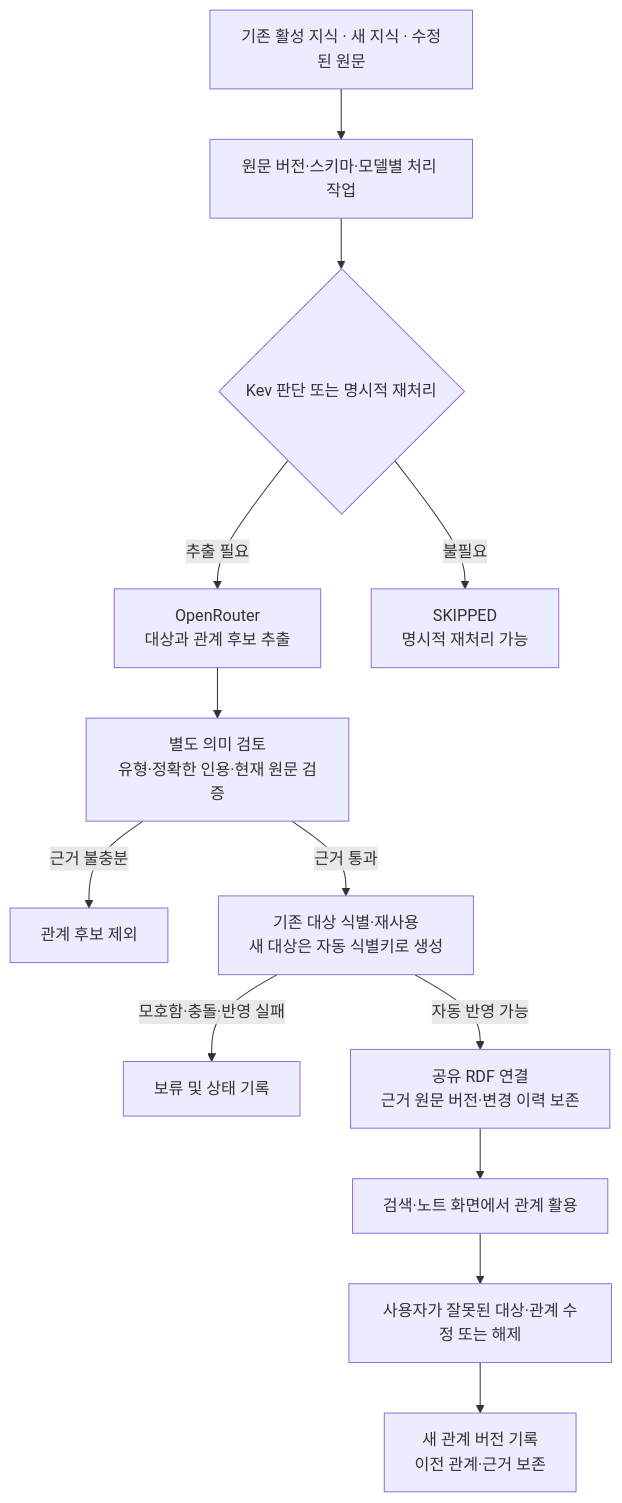
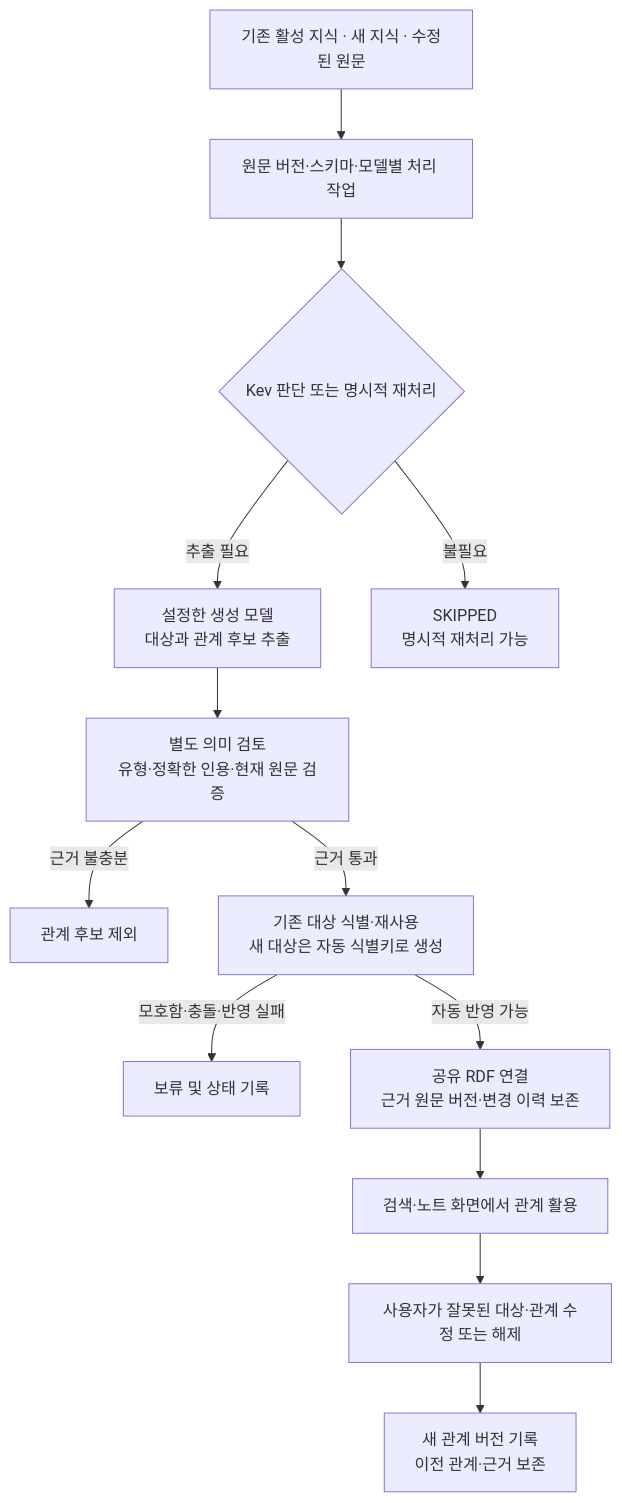
One commit to devmrko/adb-agent-knowledge changed the third of 5 diagrams in docs/guides/storage-retrieval-flow.md. Above: the diagram before and after it, drawn with Mermaid. The commit also changed other lines of this file and 1 other file, not shown here.

````diff
--- a/docs/guides/storage-retrieval-flow.md
+++ b/docs/guides/storage-retrieval-flow.md
@@ -55,15 +55,15 @@
 ```mermaid
 flowchart TD
     Sources["기존 활성 지식 · 새 지식 · 수정된 원문"] --> Job["원문 버전·스키마·모델별 처리 작업"]
     Job --> Route{"Kev 판단 또는 명시적 재처리"}
-    Route -->|추출 필요| Extract["OpenRouter<br/>대상과 관계 후보 추출"]
+    Route -->|추출 필요| Extract["설정한 생성 모델<br/>대상과 관계 후보 추출"]
     Route -->|불필요| Skip["SKIPPED<br/>명시적 재처리 가능"]
     Extract --> Check["별도 의미 검토<br/>유형·정확한 인용·현재 원문 검증"]
     Check -->|근거 불충분| Drop["관계 후보 제외"]
     Check -->|근거 통과| Identity["기존 대상 식별·재사용<br/>새 대상은 자동 식별키로 생성"]
     Identity -->|모호함·충돌·반영 실패| Pending["보류 및 상태 기록"]
     Identity -->|자동 반영 가능| RDF["공유 RDF 연결<br/>근거 원문 버전·변경 이력 보존"]
     RDF --> View["검색·노트 화면에서 관계 활용"]
     View --> Adjust["사용자가 잘못된 대상·관계 수정 또는 해제"]
     Adjust --> History["새 관계 버전 기록<br/>이전 관계·근거 보존"]
 ```
````
